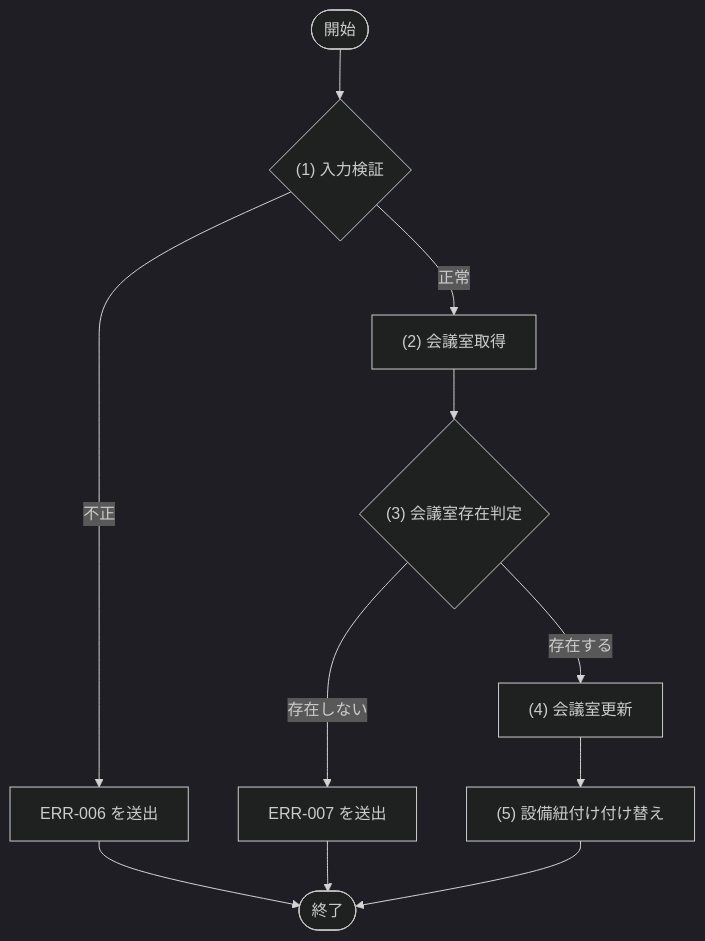
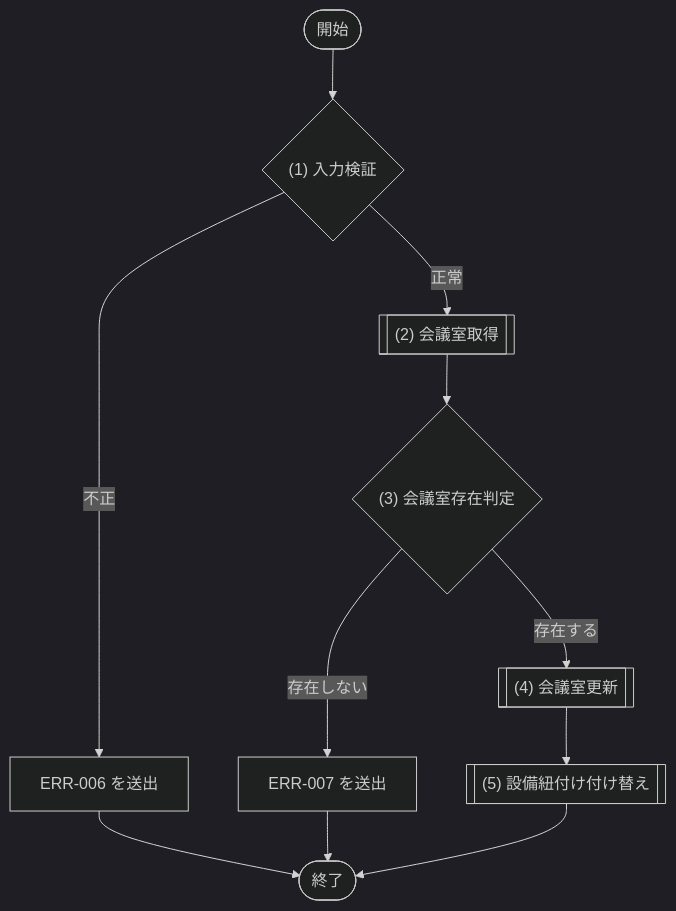
One commit to sikakou54/system-document-template changed the second of 5 diagrams in docs/03_機能設計/05_モジュール設計/MOD-004_会議室管理サービス.md. Above: the diagram before and after it, drawn with Mermaid (dark theme). The commit also changed other lines of this file and 28 other files, not shown here.

````diff
--- a/docs/03_機能設計/05_モジュール設計/MOD-004_会議室管理サービス.md
+++ b/docs/03_機能設計/05_モジュール設計/MOD-004_会議室管理サービス.md
@@ -192,18 +192,18 @@
 ```mermaid
 flowchart TD
   Start([開始])
   D1{"(1) 入力検証"}
-  P1["(2) 会議室取得"]
+  P1[["(2) 会議室取得"]]
   D2{"(3) 会議室存在判定"}
-  P2["(4) 会議室更新"]
-  P3["(5) 設備紐付け付け替え"]
+  P2[["(4) 会議室更新"]]
+  P3[["(5) 設備紐付け付け替え"]]
   E1["ERR-006 を送出"]
   E2["ERR-007 を送出"]
   End([終了])
 
   Start --> D1
   D1 -- "不正" --> E1 --> End
   D1 -- "正常" --> P1 --> D2
   D2 -- "存在しない" --> E2 --> End
   D2 -- "存在する" --> P2 --> P3 --> End
 ```
````
